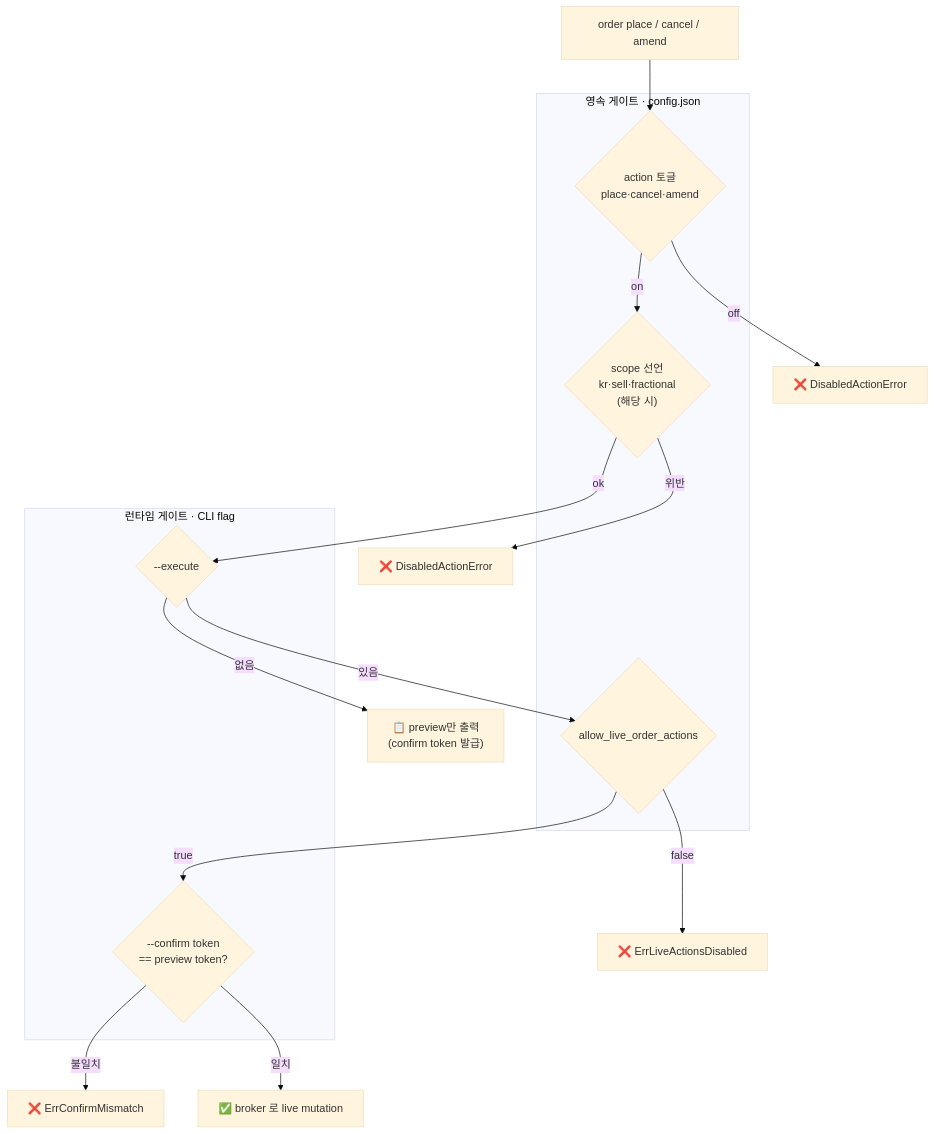
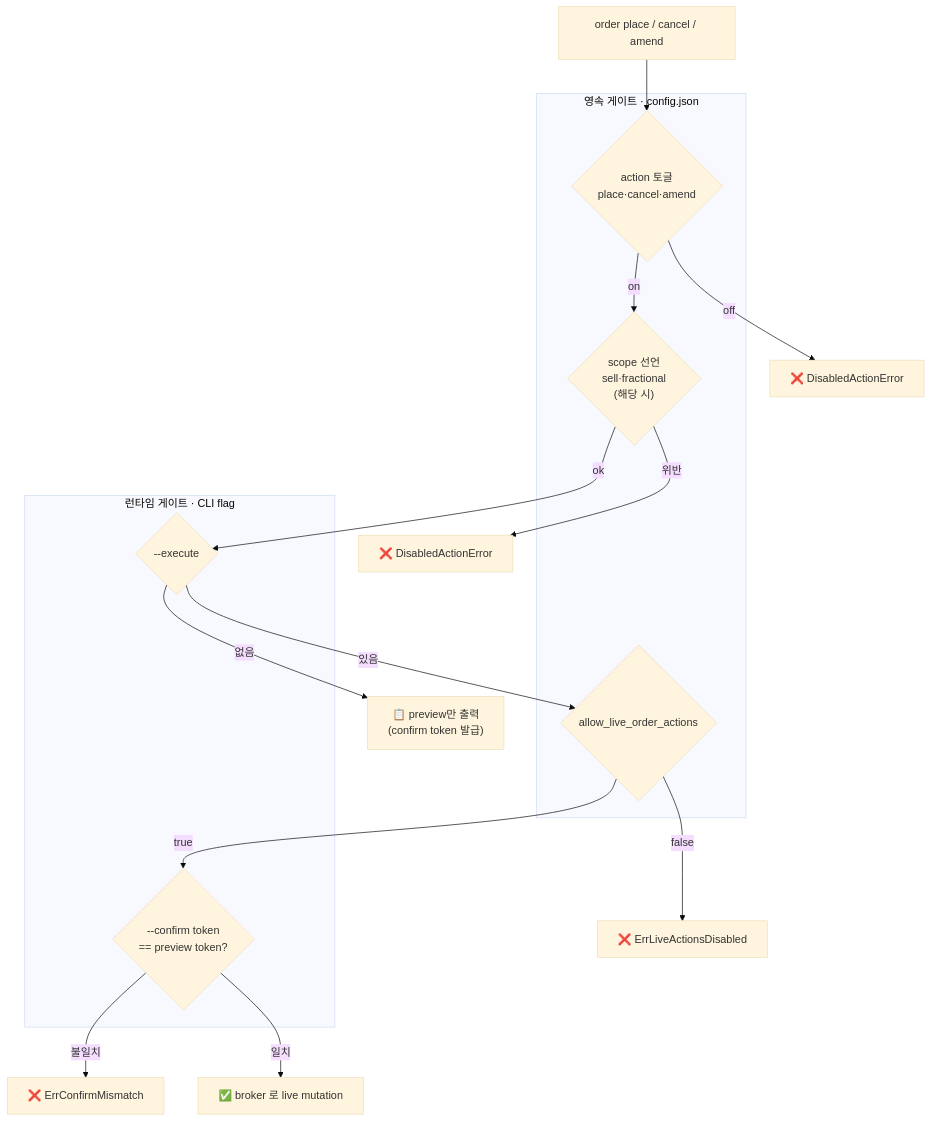
The diagram in README.md (thsvkd/tossinvest-cli), drawn with Mermaid (base theme) before and after one commit. The commit also changed other lines of this file and 13 other files, not shown here.

````diff
--- a/README.md
+++ b/README.md
@@ -171,24 +171,24 @@
 ```mermaid
 flowchart TD
     A["order place / cancel / amend"] --> P{"action 토글<br/>place·cancel·amend"}
     P -->|off| X1["❌ DisabledActionError"]
-    P -->|on| S{"scope 선언<br/>kr·sell·fractional<br/>(해당 시)"}
+    P -->|on| S{"scope 선언<br/>sell·fractional<br/>(해당 시)"}
     S -->|위반| X2["❌ DisabledActionError"]
     S -->|ok| E{"--execute"}
     E -->|없음| PV["📋 preview만 출력<br/>(confirm token 발급)"]
     E -->|있음| M{"allow_live_order_actions"}
     M -->|false| X3["❌ ErrLiveActionsDisabled"]
     M -->|true| C{"--confirm token<br/>== preview token?"}
     C -->|불일치| X4["❌ ErrConfirmMismatch"]
     C -->|일치| GO["✅ broker 로 live mutation"]
 
     subgraph CFG["영속 게이트 · config.json"]
         P
         S
         M
     end
     subgraph RT["런타임 게이트 · CLI flag"]
         E
         C
     end
 ```
````
